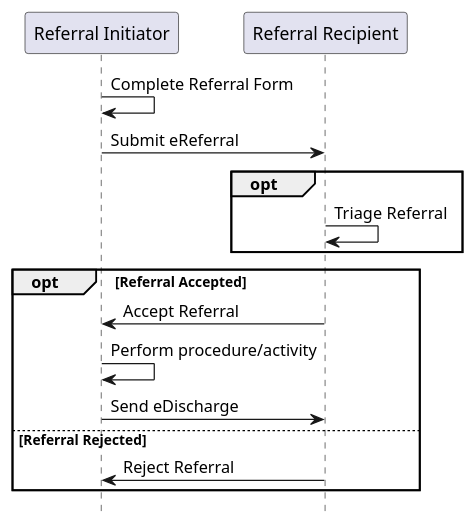
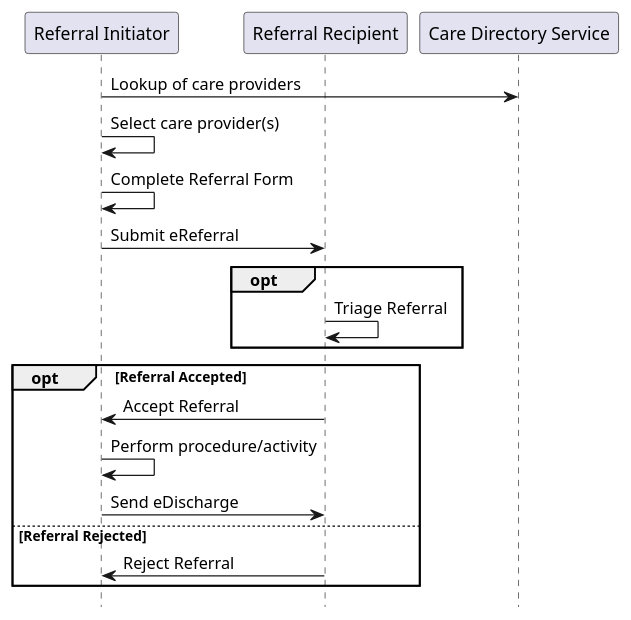
One commit to Virtually-Healthcare/virtually-healthcare.github.com changed the diagram in input/images-source/eReferral-sequence.plantuml. Above: the diagram before and after it, drawn with PlantUML.

Commit message:
SDC Initial elab and refactor of architecture waffle

```diff
--- a/input/images-source/eReferral-sequence.plantuml
+++ b/input/images-source/eReferral-sequence.plantuml
@@ -1,21 +1,24 @@
 @startuml
 
 hide footbox
 
 participant "Referral Initiator" as placer
 participant "Referral Recipient" as filler
+participant "Care Directory Service" as mMCSD
 
+placer -> mMCSD: Lookup of care providers
+placer -> placer: Select care provider(s)
 placer -> placer : Complete Referral Form
 placer -> filler : Submit eReferral
 opt
   filler -> filler: Triage Referral
 end
 opt Referral Accepted
   filler -> placer: Accept Referral
   placer -> placer: Perform procedure/activity
   placer -> filler: Send eDischarge
 else Referral Rejected
   filler -> placer: Reject Referral
 end
 
 @enduml
```
